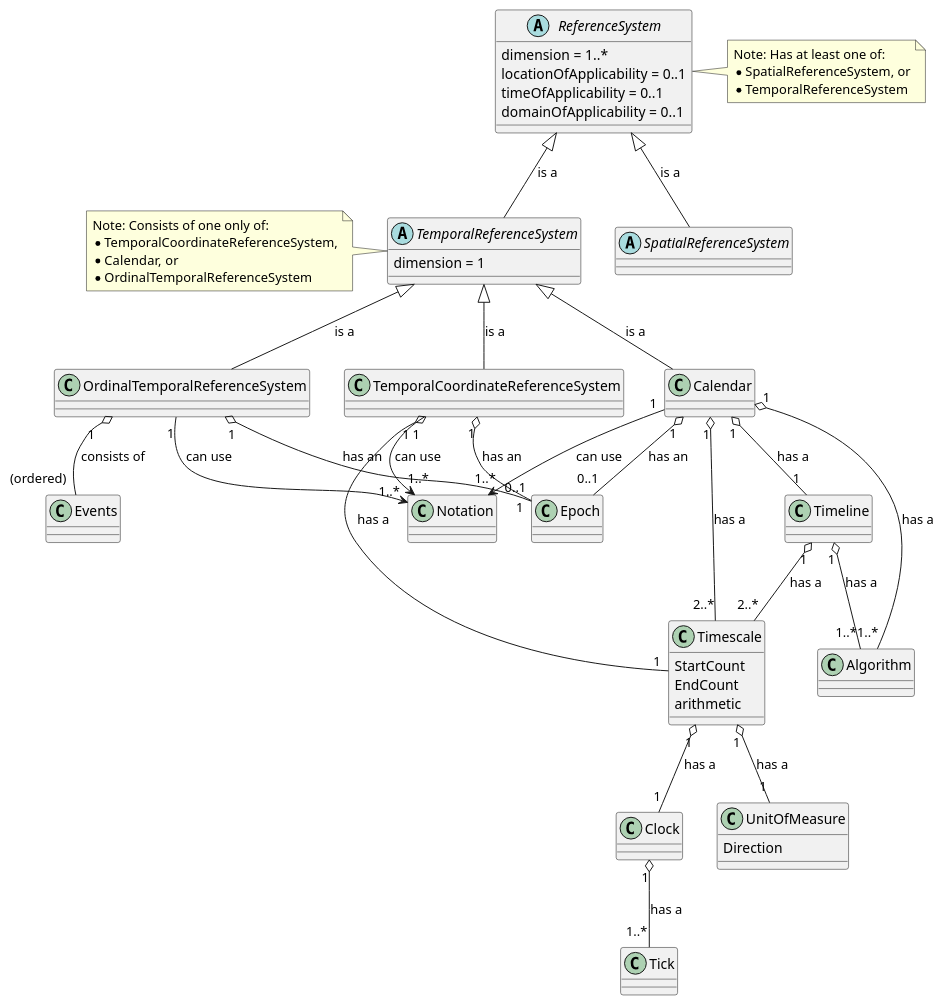
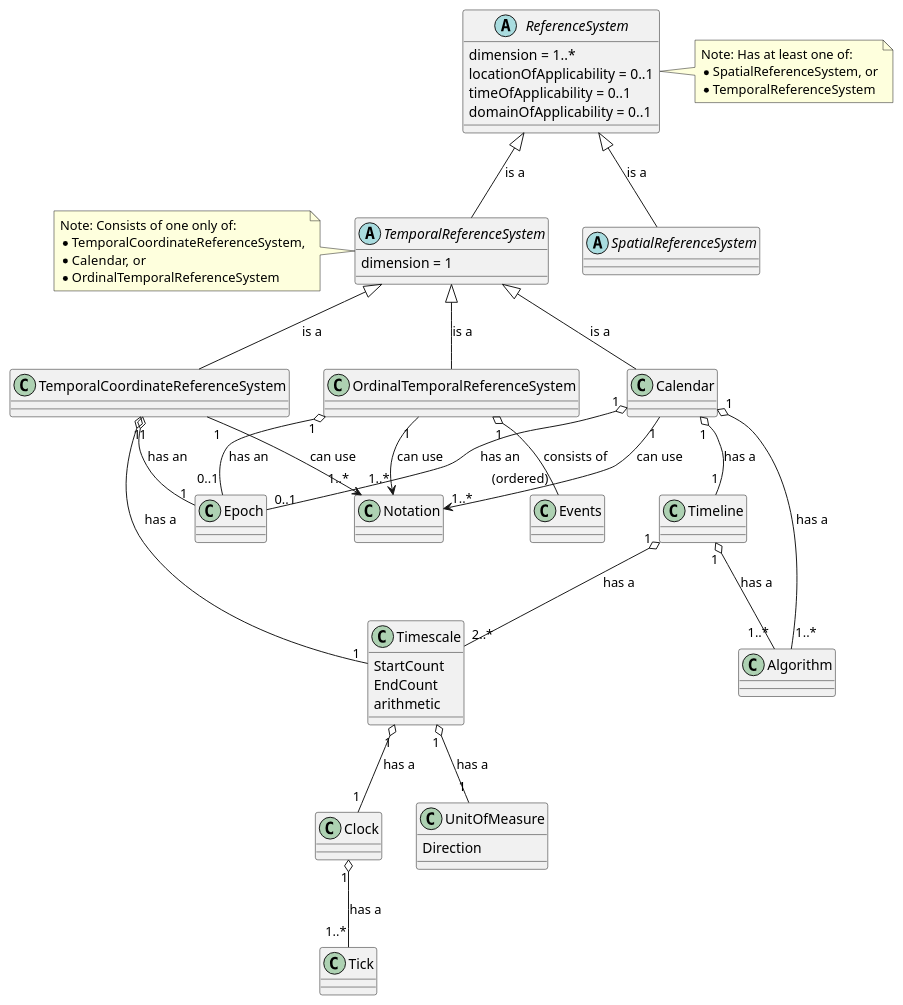
The diagram in 23-049/sections/07-cm.adoc (opengeospatial/Temporal-Abstract-Spec), drawn with PlantUML before and after one commit.

```diff
--- a/23-049/sections/07-cm.adoc
+++ b/23-049/sections/07-cm.adoc
@@ -60,7 +60,6 @@
 
 Calendar "1" o-- "0..1" Epoch : has an
 Calendar "1" --> "1..*" Notation : can use
-Calendar "1" o-- "2..*" Timescale : has a
 Calendar "1" o-- "1" Timeline : has a
 Calendar "1" o-- "1..*" Algorithm : has a
 
@@ -72,6 +71,7 @@
 
 Timescale "1" o-- "1" Clock : has a
 Timescale "1" o-- "1" UnitOfMeasure : has a
+
 
 class Clock {
 }
```
